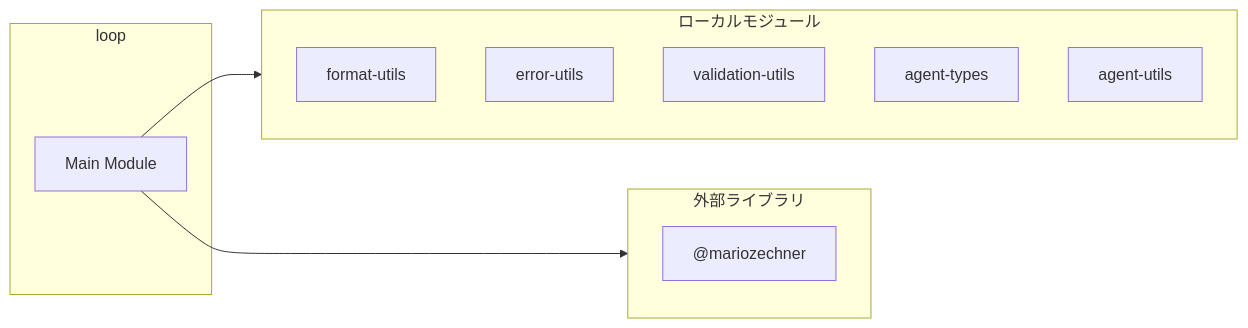
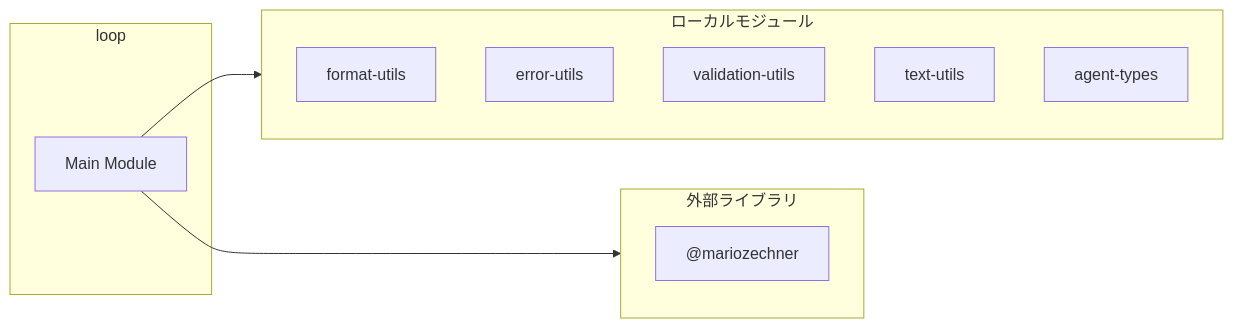
One commit to Mekann2904/mekann changed the third of 5 diagrams in ABDD/.pi/extensions/loop.md. Above: the diagram before and after it, drawn with Mermaid. The commit also changed other lines of this file and 205 other files, not shown here.

````diff
--- a/ABDD/.pi/extensions/loop.md
+++ b/ABDD/.pi/extensions/loop.md
@@ -282,20 +269,20 @@
 ```mermaid
 flowchart LR
   subgraph this[loop]
     main[Main Module]
   end
   subgraph local[ローカルモジュール]
     format_utils["format-utils"]
     error_utils["error-utils"]
     validation_utils["validation-utils"]
+    text_utils["text-utils"]
     agent_types["agent-types"]
-    agent_utils["agent-utils"]
   end
   main --> local
   subgraph external[外部ライブラリ]
     _mariozechner["@mariozechner"]
     _mariozechner["@mariozechner"]
     _mariozechner["@mariozechner"]
   end
   main --> external
 ```
````
